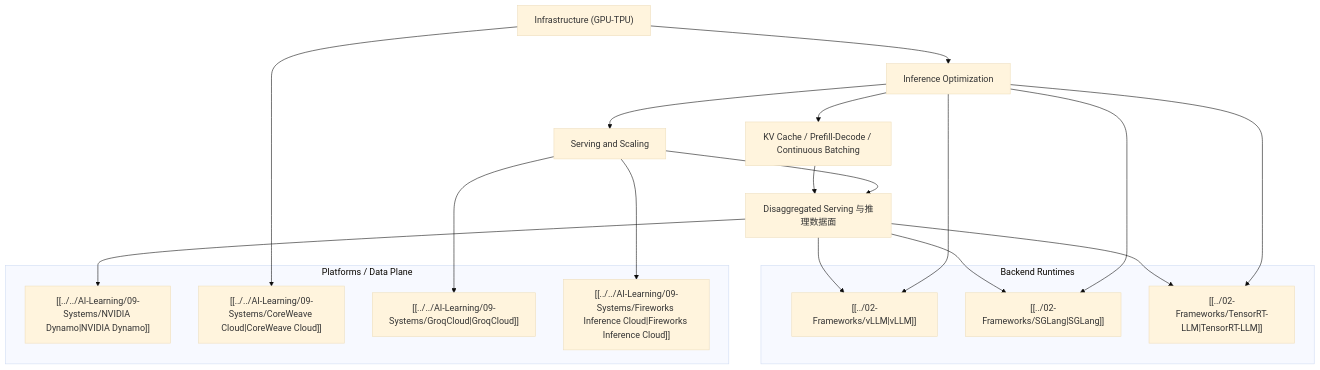
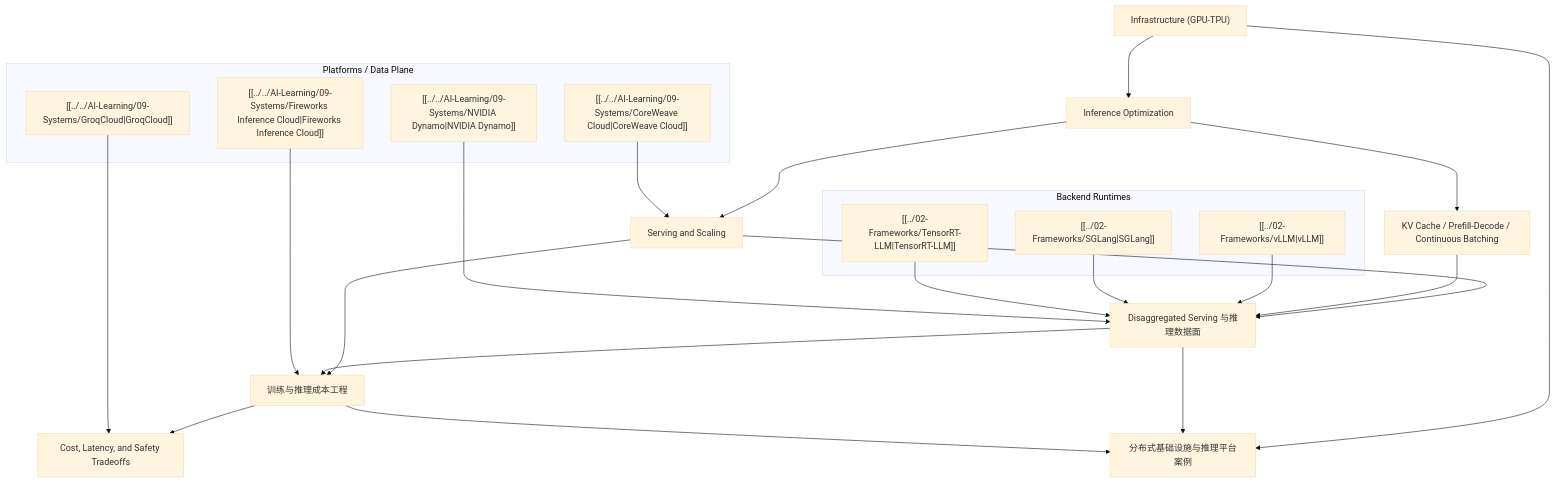
One commit to superliyang/tony-2026 changed the diagram in 01-Areas/AI-Engineering/08-Maps/Inference and Serving Map.md. Above: the diagram before and after it, drawn with Mermaid (base theme). The commit also changed other lines of this file and 11 other files, not shown here.

````diff
--- a/01-Areas/AI-Engineering/08-Maps/Inference and Serving Map.md
+++ b/01-Areas/AI-Engineering/08-Maps/Inference and Serving Map.md
@@ -13,32 +13,35 @@
 ```mermaid
 flowchart TD
   A["Infrastructure (GPU-TPU)"] --> B["Inference Optimization"]
   B --> C["Serving and Scaling"]
   B --> D["KV Cache / Prefill-Decode / Continuous Batching"]
   C --> E["Disaggregated Serving 与推理数据面"]
   D --> E
+  C --> F["训练与推理成本工程"]
+  E --> F
+  F --> G["Cost, Latency, and Safety Tradeoffs"]
+  A --> H["分布式基础设施与推理平台案例"]
+  E --> H
+  F --> H
 
   subgraph backends["Backend Runtimes"]
     V["[[../02-Frameworks/vLLM|vLLM]]"]
     S["[[../02-Frameworks/SGLang|SGLang]]"]
     T["[[../02-Frameworks/TensorRT-LLM|TensorRT-LLM]]"]
   end
 
   subgraph systems["Platforms / Data Plane"]
     DY["[[../../AI-Learning/09-Systems/NVIDIA Dynamo|NVIDIA Dynamo]]"]
     CC["[[../../AI-Learning/09-Systems/CoreWeave Cloud|CoreWeave Cloud]]"]
     GC["[[../../AI-Learning/09-Systems/GroqCloud|GroqCloud]]"]
     FI["[[../../AI-Learning/09-Systems/Fireworks Inference Cloud|Fireworks Inference Cloud]]"]
   end
 
-  A --> CC
-  B --> V
-  B --> S
-  B --> T
-  C --> GC
-  C --> FI
-  E --> DY
-  E --> V
-  E --> S
-  E --> T
+  V --> E
+  S --> E
+  T --> E
+  DY --> E
+  CC --> C
+  GC --> G
+  FI --> F
 ```
````
